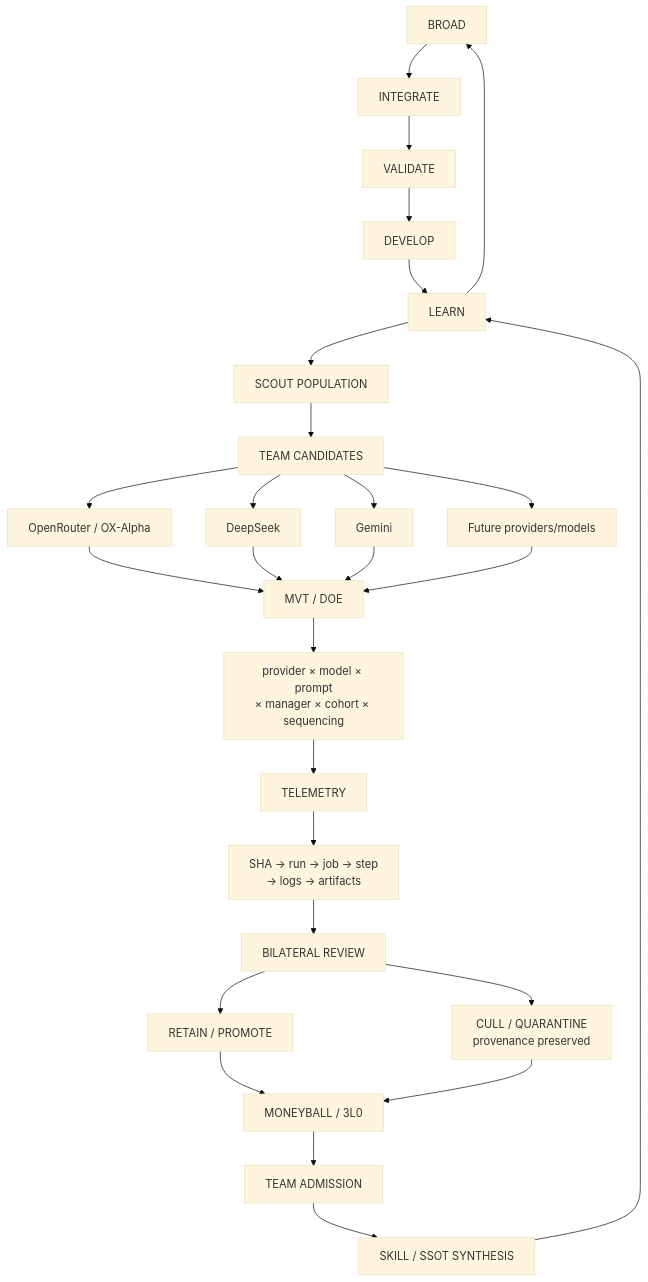
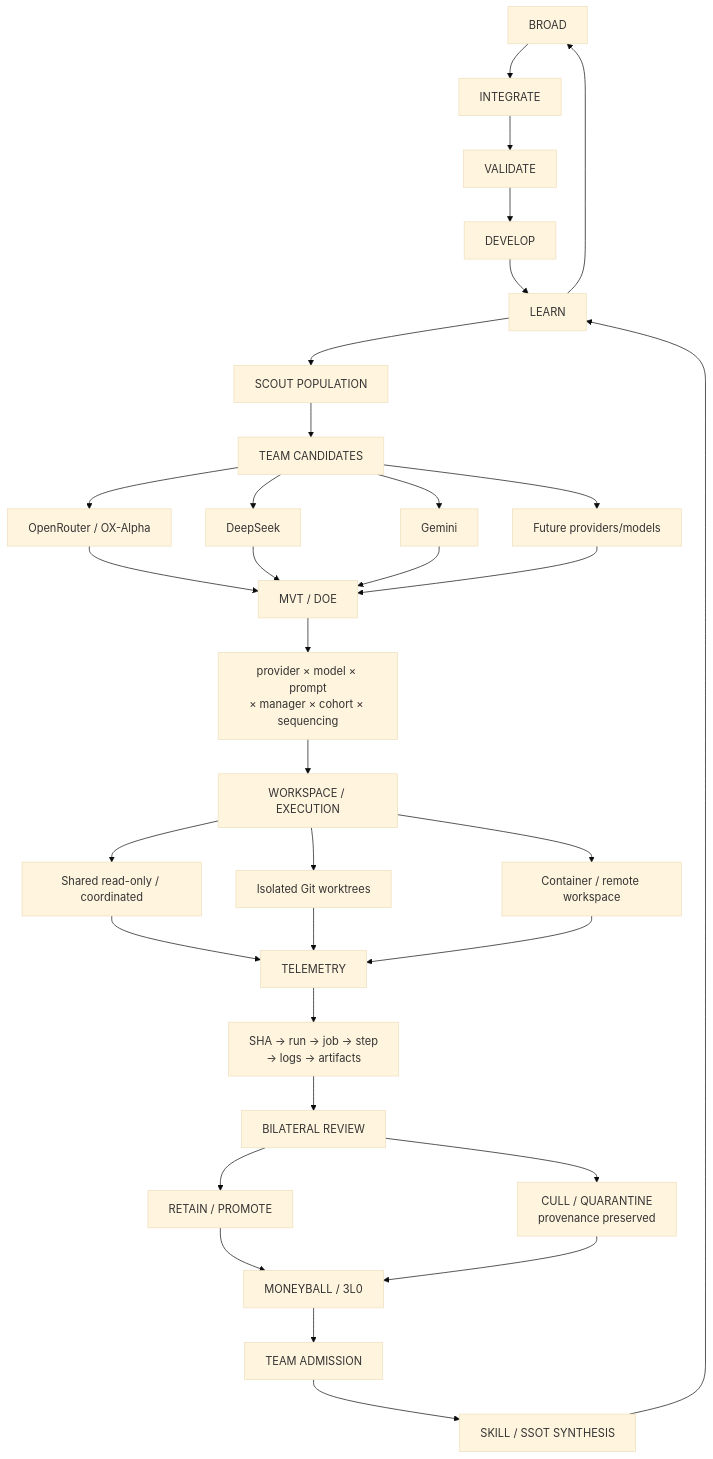
One commit to timerloggedout-spec/termux-monorepo changed the diagram in docs/architecture/AGENT-TEAM-CONTROL-PLANE.mmd. Above: the diagram before and after it, drawn with Mermaid (base theme). The commit also changed other lines of this file, not shown here.

Commit message:
docs(diagram): show isolated agent workspaces

````diff
--- a/docs/architecture/AGENT-TEAM-CONTROL-PLANE.mmd
+++ b/docs/architecture/AGENT-TEAM-CONTROL-PLANE.mmd
@@ -1,31 +1,37 @@
 ```mermaid
 flowchart TD
     B[BROAD] --> I[INTEGRATE]
     I --> V[VALIDATE]
     V --> D[DEVELOP]
     D --> L[LEARN]
     L --> B
 
     L --> S[SCOUT POPULATION]
     S --> C[TEAM CANDIDATES]
     C --> OA[OpenRouter / OX-Alpha]
     C --> DS[DeepSeek]
     C --> GM[Gemini]
     C --> F[Future providers/models]
 
     OA --> E[MVT / DOE]
     DS --> E
     GM --> E
     F --> E
     E --> MX[provider × model × prompt\n× manager × cohort × sequencing]
-    MX --> T[TELEMETRY]
+    MX --> W[WORKSPACE / EXECUTION]
+    W --> W1[Shared read-only / coordinated]
+    W --> W2[Isolated Git worktrees]
+    W --> W3[Container / remote workspace]
+    W1 --> T[TELEMETRY]
+    W2 --> T
+    W3 --> T
     T --> R[SHA → run → job → step\n→ logs → artifacts]
     R --> CR[BILATERAL REVIEW]
     CR --> K[RETAIN / PROMOTE]
     CR --> X[CULL / QUARANTINE\nprovenance preserved]
     K --> MB[MONEYBALL / 3L0]
     X --> MB
     MB --> A[TEAM ADMISSION]
     A --> SS[SKILL / SSOT SYNTHESIS]
     SS --> L
 ```
````
